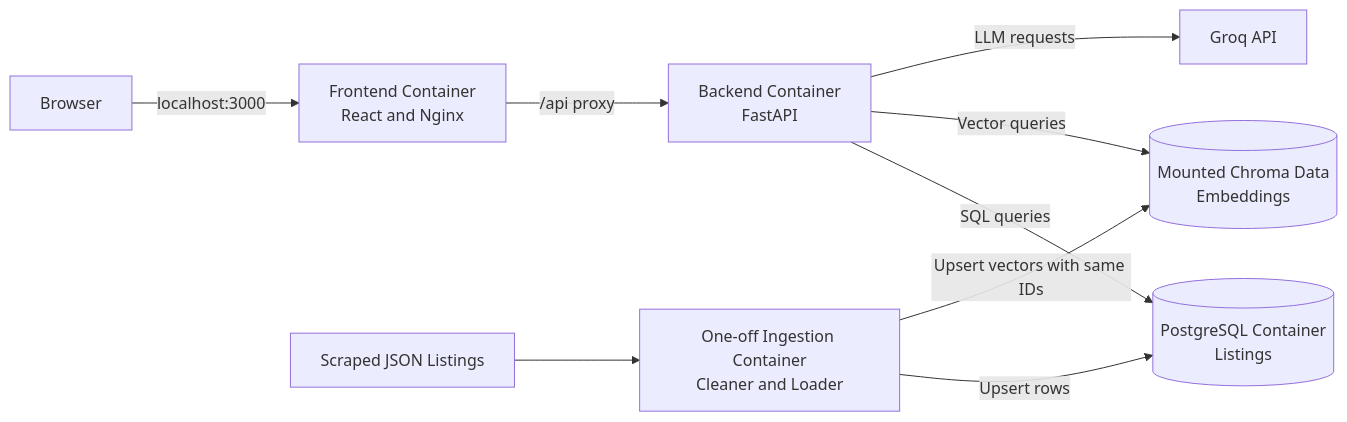
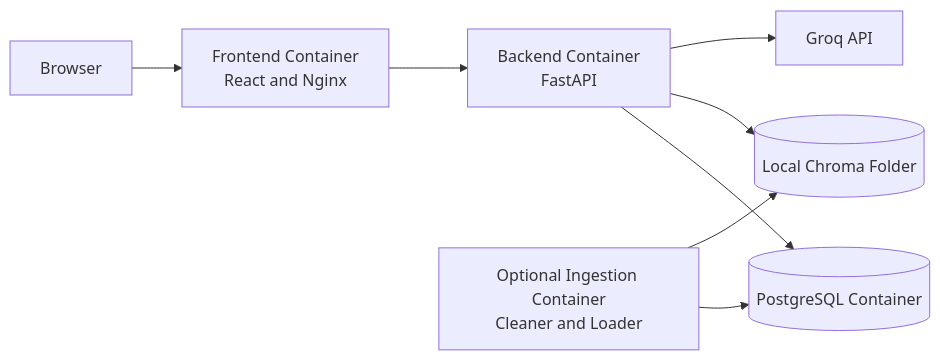
Before and after one commit to abd-04/olx_rag: the third of 4 diagrams in README.md, drawn with Mermaid. The commit also changed other lines of this file, not shown here.

````diff
--- a/README.md
+++ b/README.md
@@ -92,12 +95,11 @@
 ```mermaid
 flowchart LR
-    U[Browser] -->|localhost:3000| FE[Frontend Container<br/>React and Nginx]
-    FE -->|/api proxy| BE[Backend Container<br/>FastAPI]
-    BE -->|SQL queries| PG[(PostgreSQL Container<br/>Listings)]
-    BE -->|Vector queries| CH[(Mounted Chroma Data<br/>Embeddings)]
-    BE -->|LLM requests| G[Groq API]
+    U[Browser] --> FE[Frontend Container<br/>React and Nginx]
+    FE --> BE[Backend Container<br/>FastAPI]
+    BE --> PG[(PostgreSQL Container)]
+    BE --> CH[(Local Chroma Folder)]
+    BE --> G[Groq API]
 
-    ING[One-off Ingestion Container<br/>Cleaner and Loader] -->|Upsert rows| PG
-    ING -->|Upsert vectors with same IDs| CH
-    RAW[Scraped JSON Listings] --> ING
+    ING[Optional Ingestion Container<br/>Cleaner and Loader] --> PG
+    ING --> CH
 ```
````
